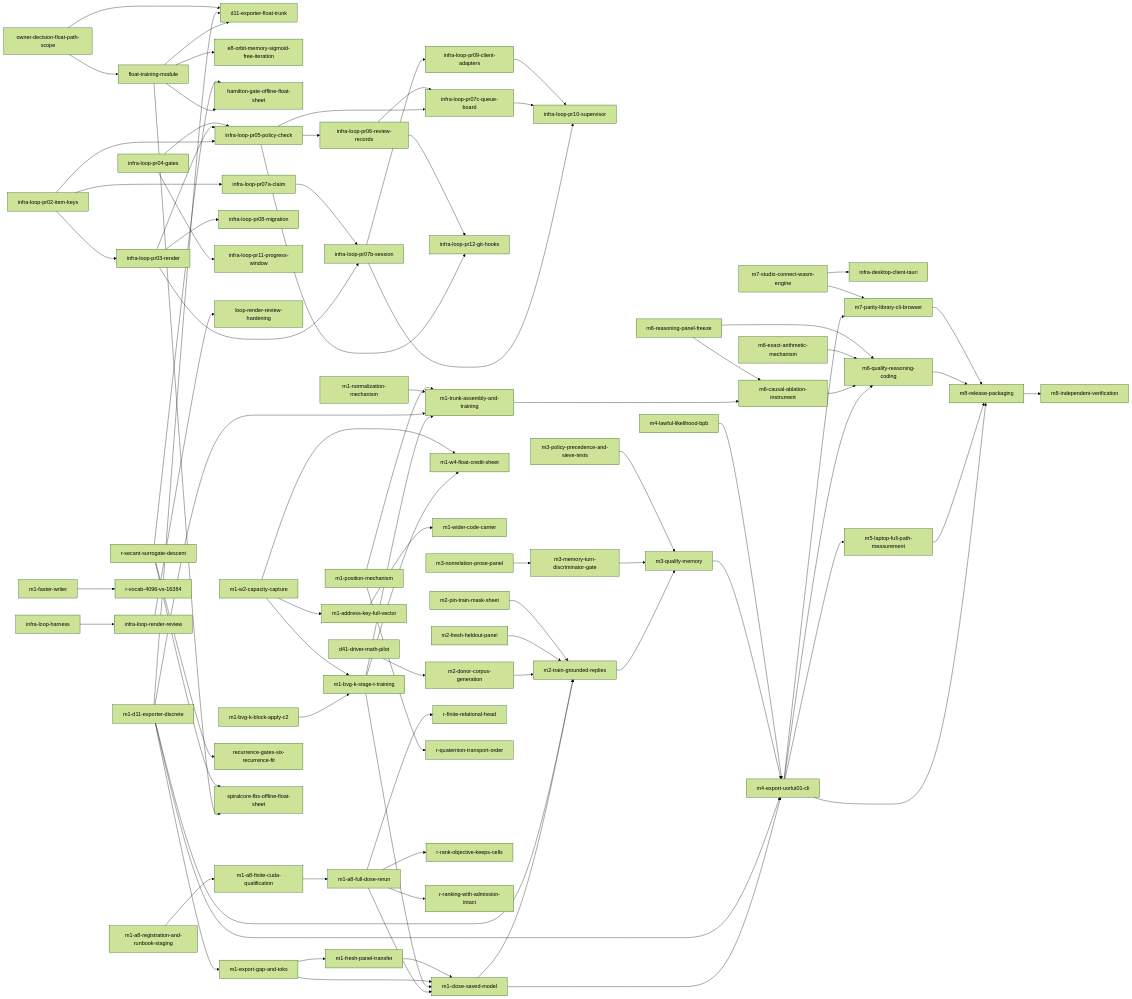
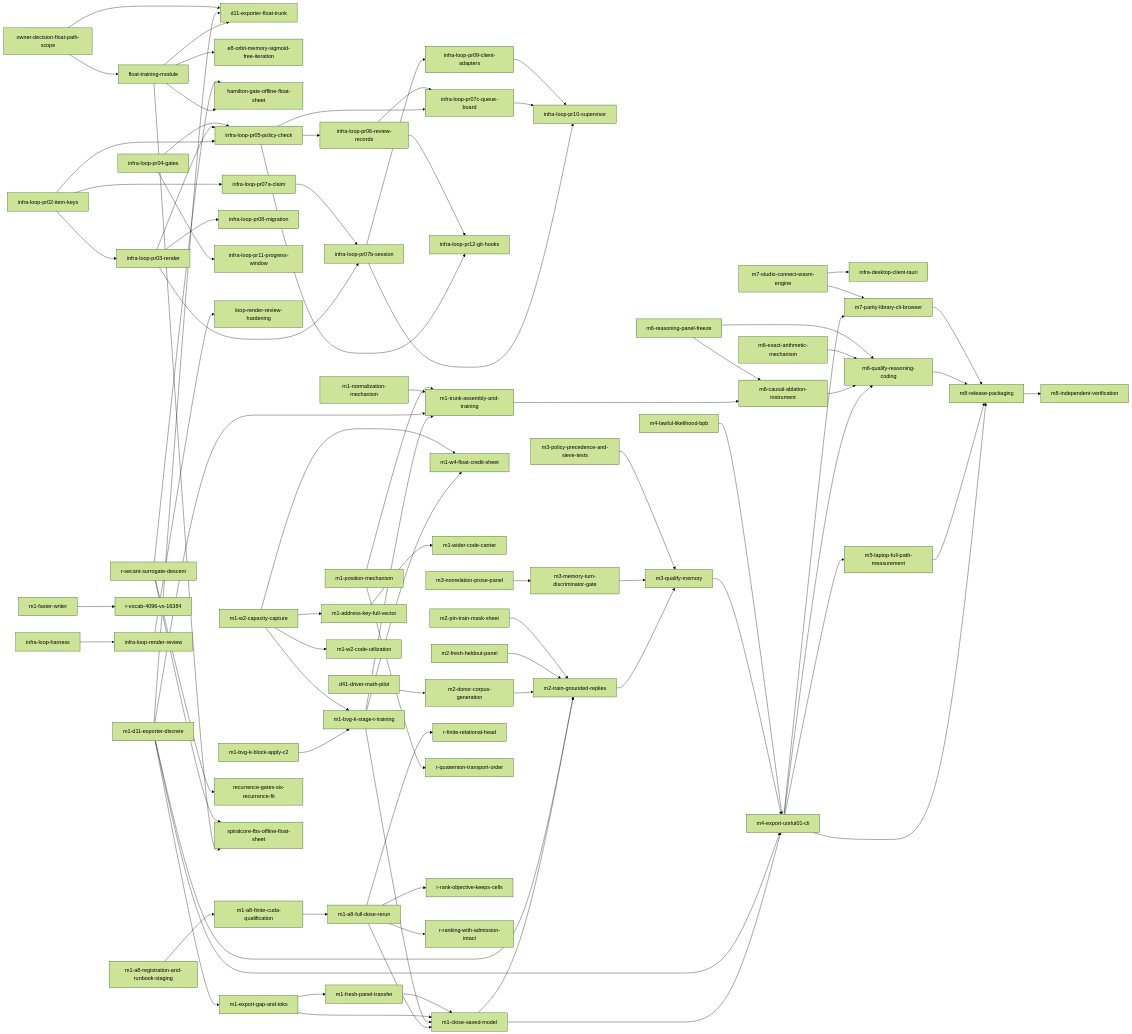
One commit to UOR-Foundation/uor-r4 changed the diagram in docs/roadmap/README.md. Above: the diagram before and after it, drawn with Mermaid (forest theme). The commit also changed other lines of this file and 1 other file, not shown here.

Commit message:
[claude] infra-loop-harness (claude-88): add item m1-w2-code-utilization and re-render

```diff
--- a/docs/roadmap/README.md
+++ b/docs/roadmap/README.md
@@ -236,6 +237,7 @@
   n_m1_position_mechanism["m1-position-mechanism"]
   n_m1_trunk_assembly_and_training["m1-trunk-assembly-and-training"]
   n_m1_w2_capacity_capture["m1-w2-capacity-capture"]
+  n_m1_w2_code_utilization["m1-w2-code-utilization"]
   n_m1_w4_float_credit_sheet["m1-w4-float-credit-sheet"]
   n_m1_wider_code_carrier["m1-wider-code-carrier"]
   n_m2_donor_corpus_generation["m2-donor-corpus-generation"]
@@ -319,6 +321,7 @@
   n_m1_trunk_assembly_and_training --> n_m6_causal_ablation_instrument
   n_m1_w2_capacity_capture --> n_m1_address_key_full_vector
   n_m1_w2_capacity_capture --> n_m1_bvg_k_stage_t_training
+  n_m1_w2_capacity_capture --> n_m1_w2_code_utilization
   n_m1_w2_capacity_capture --> n_m1_w4_float_credit_sheet
   n_m2_donor_corpus_generation --> n_m2_train_grounded_replies
   n_m2_fresh_heldout_panel --> n_m2_train_grounded_replies
```
